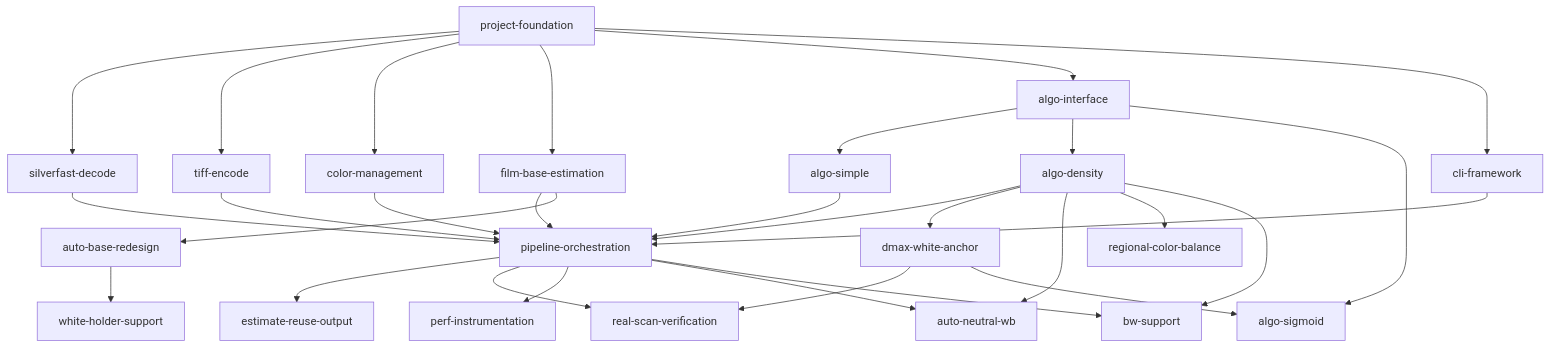
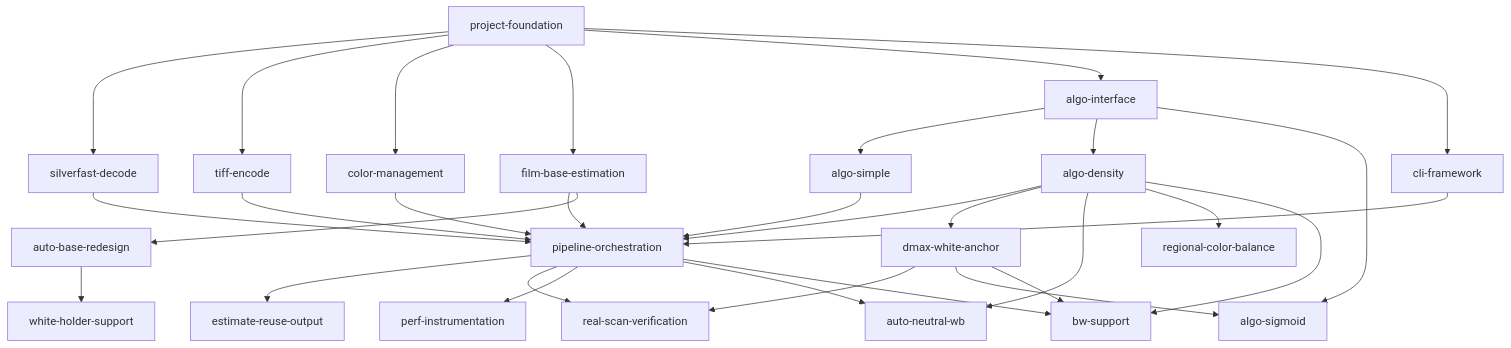
Before and after one commit to lix42/negative-converter: the diagram in docs/TASKS.md, drawn with Mermaid. The commit also changed other lines of this file and 1 other file, not shown here.

First line of the commit message:
Amend bw-support spec per post-merge PR #19 review (#21)

````diff
--- a/docs/TASKS.md
+++ b/docs/TASKS.md
@@ -43,32 +43,33 @@
 ```mermaid
 graph TD
   project-foundation --> silverfast-decode
   project-foundation --> tiff-encode
   project-foundation --> color-management
   project-foundation --> film-base-estimation
   project-foundation --> algo-interface
   project-foundation --> cli-framework
   algo-interface --> algo-simple
   algo-interface --> algo-density
   silverfast-decode --> pipeline-orchestration
   tiff-encode --> pipeline-orchestration
   color-management --> pipeline-orchestration
   film-base-estimation --> pipeline-orchestration
   algo-simple --> pipeline-orchestration
   algo-density --> pipeline-orchestration
   cli-framework --> pipeline-orchestration
   film-base-estimation --> auto-base-redesign
   auto-base-redesign --> white-holder-support
   pipeline-orchestration --> estimate-reuse-output
   pipeline-orchestration --> real-scan-verification
   pipeline-orchestration --> perf-instrumentation
   dmax-white-anchor --> real-scan-verification
   algo-density --> dmax-white-anchor
   algo-interface --> algo-sigmoid
   dmax-white-anchor --> algo-sigmoid
   algo-density --> auto-neutral-wb
   pipeline-orchestration --> auto-neutral-wb
   algo-density --> regional-color-balance
   algo-density --> bw-support
   pipeline-orchestration --> bw-support
+  dmax-white-anchor --> bw-support
 ```
````
